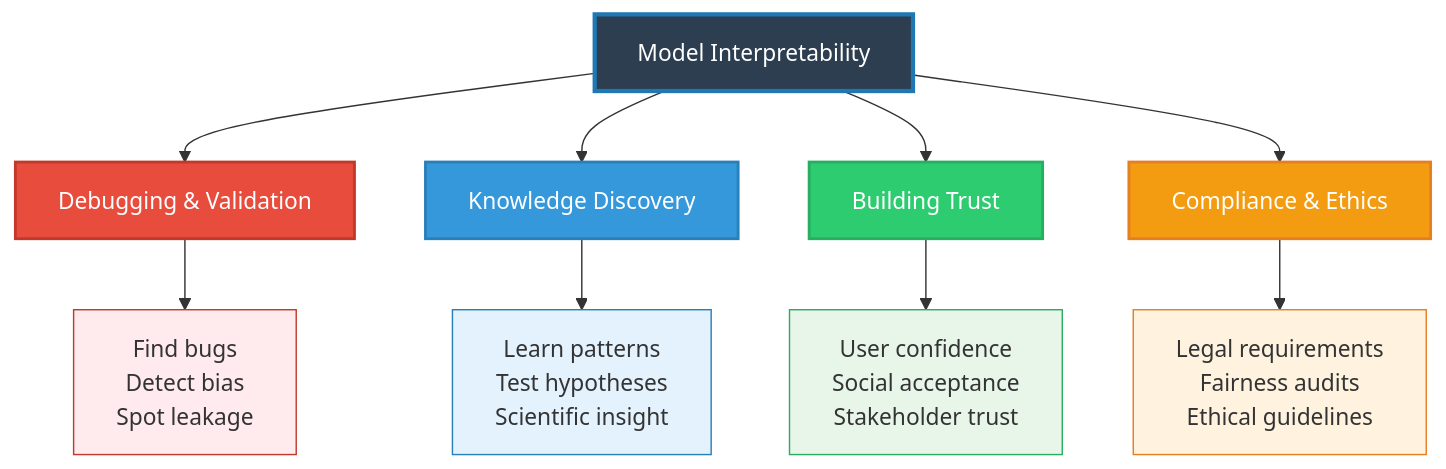
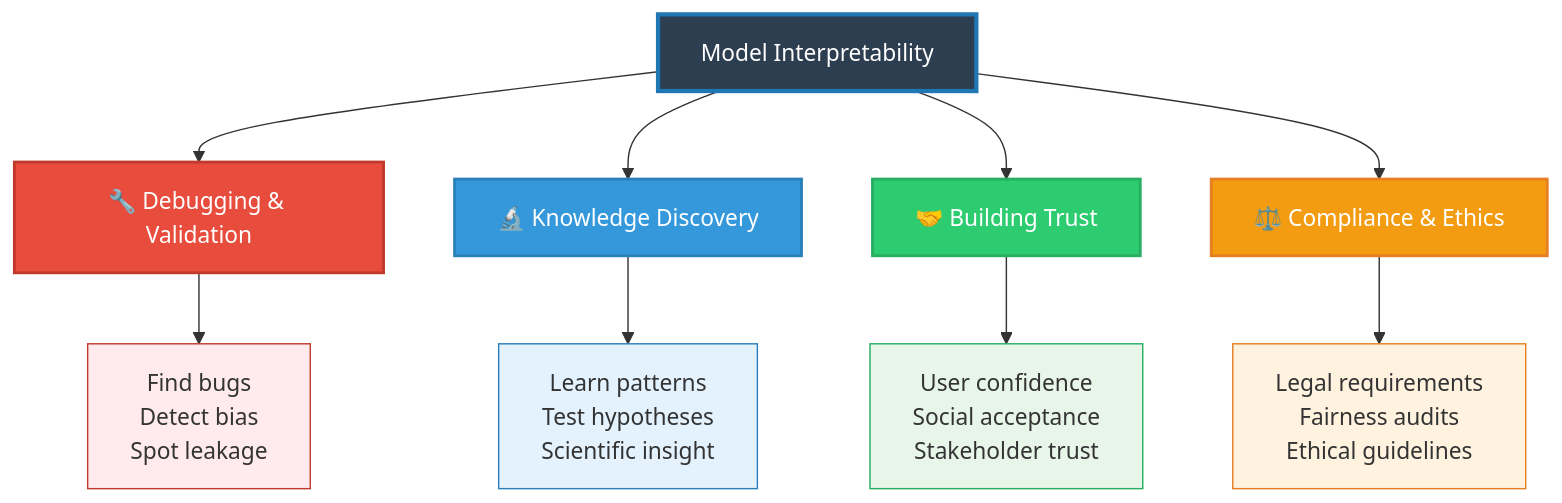
The first of 4 diagrams in 2025-VisML-CSE/slides/week5-white-box.qmd (ctsilva/ctsilva.github.io), drawn with Mermaid before and after one commit. The commit also changed other lines of this file and 1 other file, not shown here.

````diff
--- a/2025-VisML-CSE/slides/week5-white-box.qmd
+++ b/2025-VisML-CSE/slides/week5-white-box.qmd
@@ -93,23 +81,23 @@
 ```{mermaid}
 graph TD
     MI[Model Interpretability]
-    MI --> D[Debugging & Validation]
-    MI --> K[Knowledge Discovery]
-    MI --> T[Building Trust]
-    MI --> C[Compliance & Ethics]
+    MI --> D[🔧 Debugging & Validation]
+    MI --> K[🔬 Knowledge Discovery]
+    MI --> T[🤝 Building Trust]
+    MI --> C[⚖️ Compliance & Ethics]
 
     D --> D1[Find bugs<br/>Detect bias<br/>Spot leakage]
     K --> K1[Learn patterns<br/>Test hypotheses<br/>Scientific insight]
     T --> T1[User confidence<br/>Social acceptance<br/>Stakeholder trust]
     C --> C1[Legal requirements<br/>Fairness audits<br/>Ethical guidelines]
 
     style MI fill:#2d3e50,stroke:#1f77b4,stroke-width:3px,color:#fff
     style D fill:#e74c3c,stroke:#c0392b,stroke-width:2px,color:#fff
     style K fill:#3498db,stroke:#2980b9,stroke-width:2px,color:#fff
     style T fill:#2ecc71,stroke:#27ae60,stroke-width:2px,color:#fff
     style C fill:#f39c12,stroke:#e67e22,stroke-width:2px,color:#fff
     style D1 fill:#ffebee,stroke:#c0392b,stroke-width:1px,color:#333
     style K1 fill:#e3f2fd,stroke:#2980b9,stroke-width:1px,color:#333
     style T1 fill:#e8f5e9,stroke:#27ae60,stroke-width:1px,color:#333
     style C1 fill:#fff3e0,stroke:#e67e22,stroke-width:1px,color:#333
 ```
````
